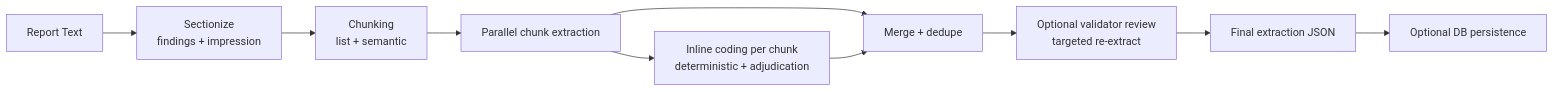
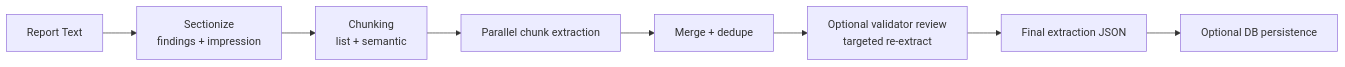
Before and after one commit to hoodcm/imaging-problem-list-data: the diagram in docs/extraction-usage.md, drawn with Mermaid. The commit also changed other lines of this file and 28 other files, not shown here.

First line of the commit message:
Decouple coding from extraction pipeline

````diff
--- a/docs/extraction-usage.md
+++ b/docs/extraction-usage.md
@@ -17,12 +16,10 @@
 ```mermaid
 flowchart LR
     A[Report Text] --> B[Sectionize<br/>findings + impression]
     B --> C[Chunking<br/>list + semantic]
     C --> D[Parallel chunk extraction]
-    D --> E[Inline coding per chunk<br/>deterministic + adjudication]
-    D --> F[Merge + dedupe]
-    E --> F
-    F --> G[Optional validator review<br/>targeted re-extract]
-    G --> H[Final extraction JSON]
-    H --> I[Optional DB persistence]
+    D --> E[Merge + dedupe]
+    E --> F[Optional validator review<br/>targeted re-extract]
+    F --> G[Final extraction JSON]
+    G --> H[Optional DB persistence]
 ```
````
